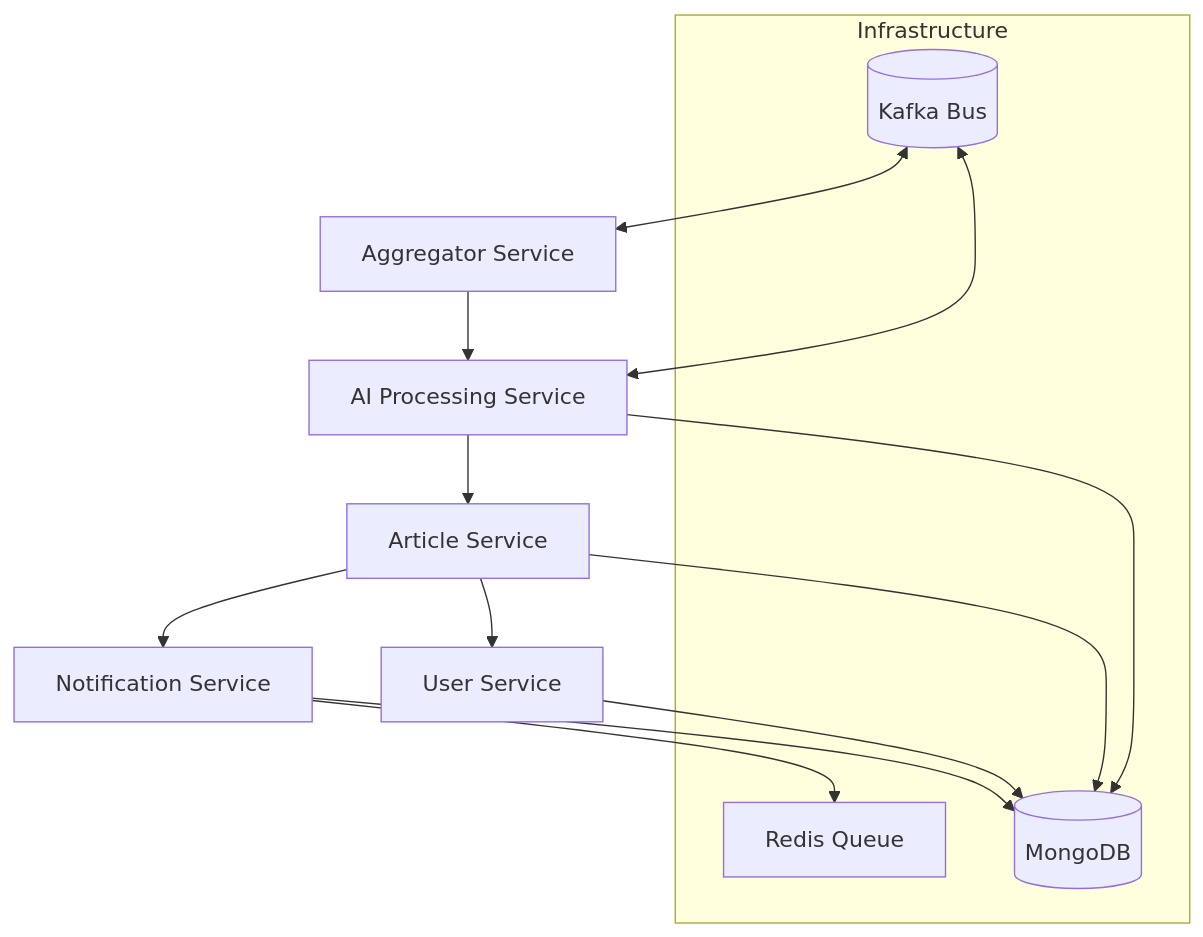
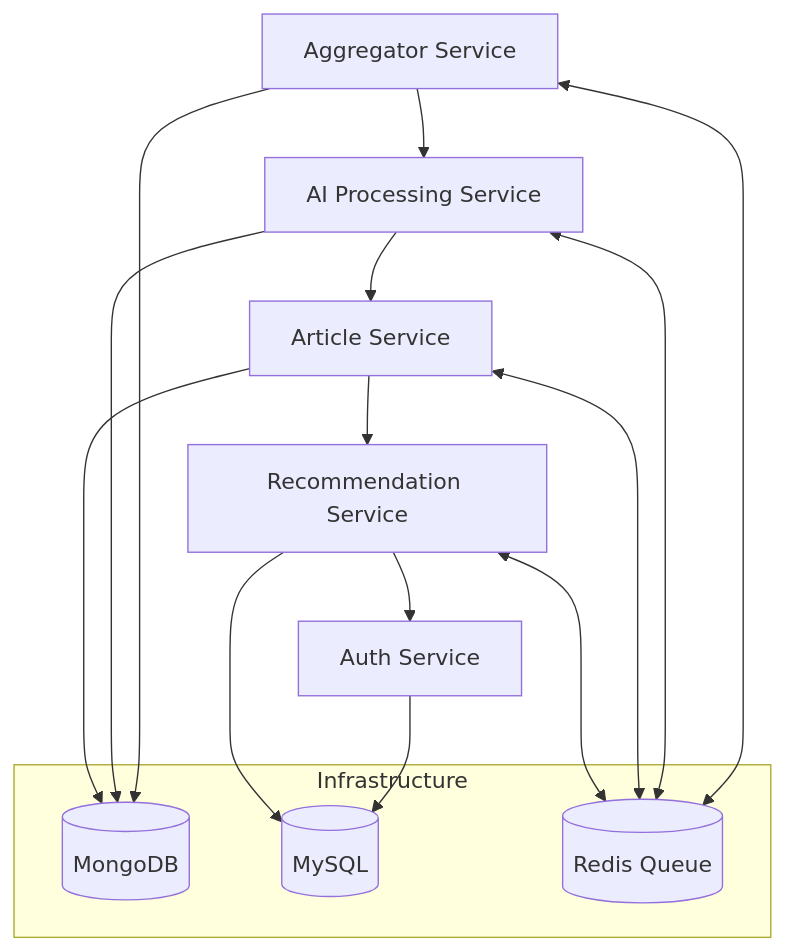
Before and after one commit to Sido7/AI-Content-Platform: the diagram in README.md, drawn with Mermaid. The commit also changed other lines of this file, not shown here.

````diff
--- a/README.md
+++ b/README.md
@@ -24,19 +24,21 @@
 ```mermaid
 flowchart TD
   A[Aggregator Service] --> B[AI Processing Service]
   B --> C[Article Service]
-  C --> D[User Service]
-  C --> E[Notification Service]
-  E --> F[Redis Queue]
-  B --> G[(MongoDB)]
+  C --> D[Recommendation Service]
+  D --> E[Auth Service]
+  A --> G[(MongoDB)]
+  B --> G
   C --> G
-  D --> G
-  E --> G
+  E --> M[(MySQL)]
+  D --> M
   subgraph infra[Infrastructure]
     G
-    F
-    H[(Kafka Bus)]
+    M
+    R[(Redis Queue)]
   end
-  H <--> B
-  H <--> A
+  A <--> R
+  B <--> R
+  C <--> R
+  D <--> R
 ```
````
